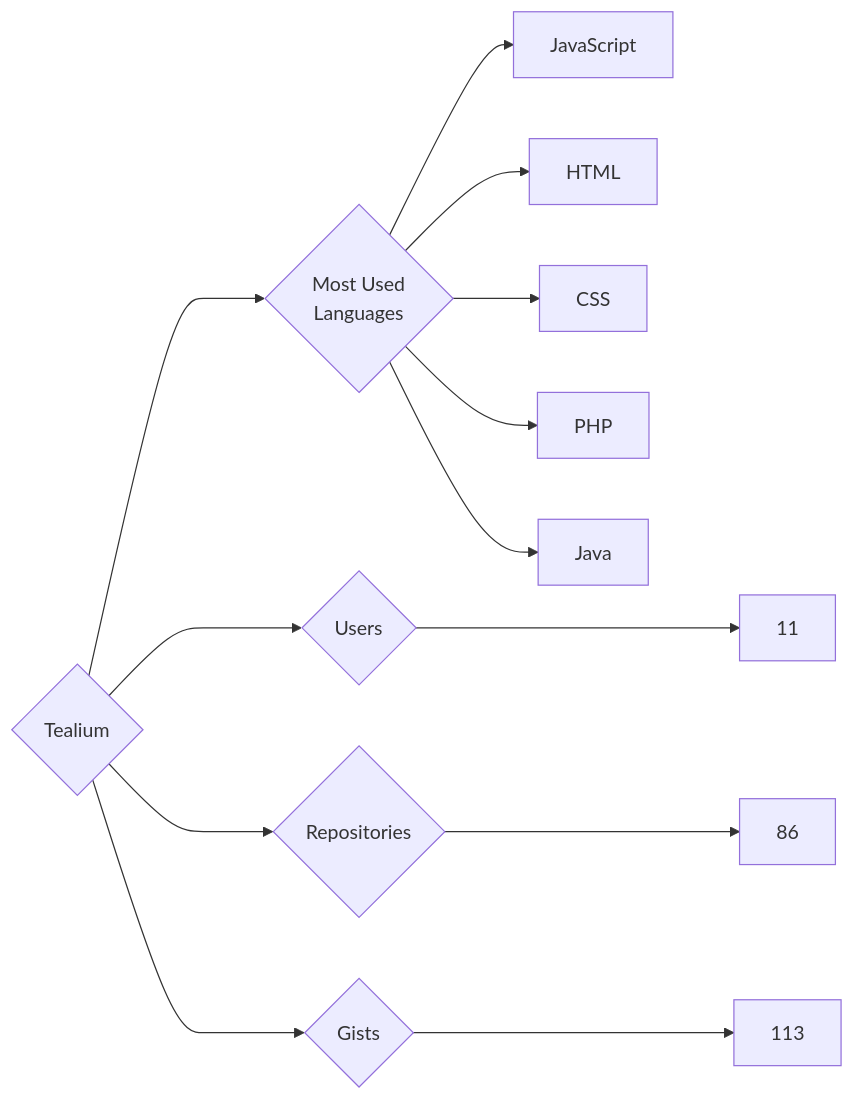
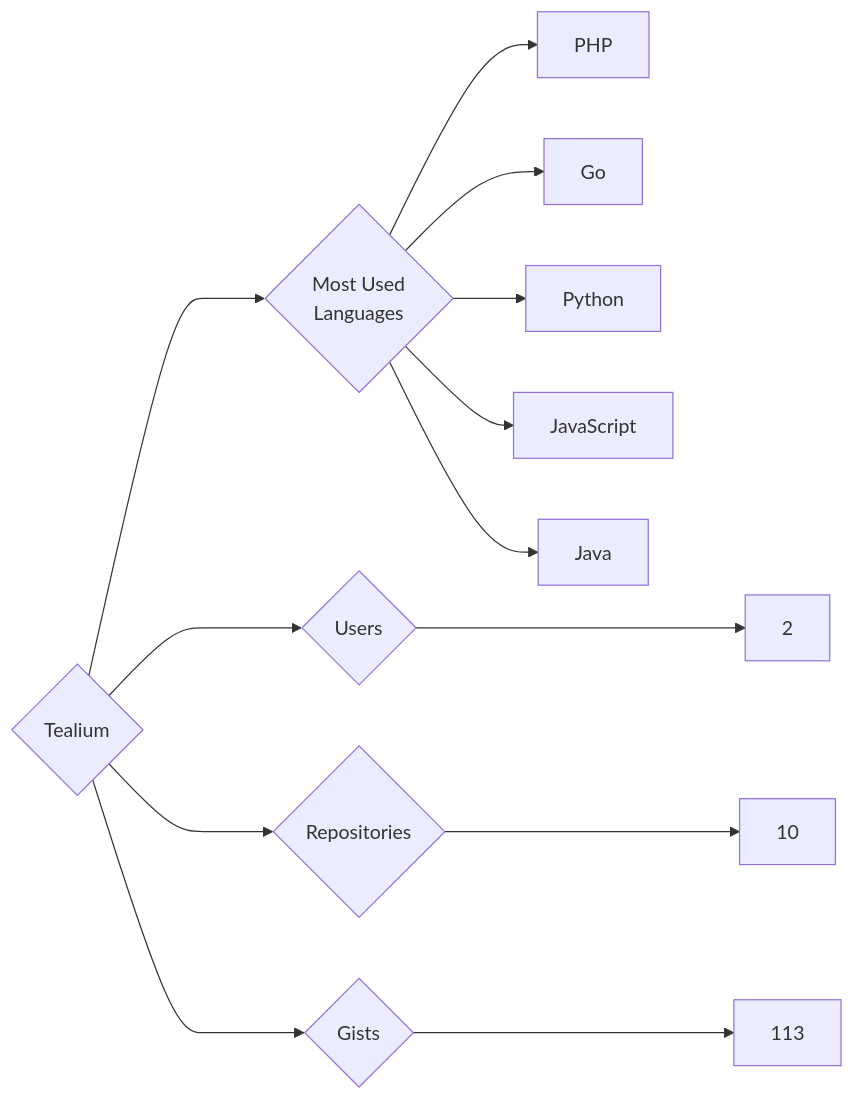
One commit to trickest/insiders changed the diagram in targets/Tealium/README.md. Above: the diagram before and after it, drawn with Mermaid. The commit also changed 682 other files, not shown here.

````diff
--- a/targets/Tealium/README.md
+++ b/targets/Tealium/README.md
@@ -3,13 +3,13 @@
 ```mermaid
 graph LR
 COMPANY_NAME{Tealium}
-COMPANY_NAME ---> U{Users} ---> UN[11]
-COMPANY_NAME ---> R{Repositories} ---> RN[86]
+COMPANY_NAME ---> U{Users} ---> UN[2]
+COMPANY_NAME ---> R{Repositories} ---> RN[10]
 COMPANY_NAME ---> G{Gists} ---> GN[113]
 COMPANY_NAME ---> ML{Most Used<br>Languages}
+ML --> PHP[PHP]
+ML --> Go[Go]
+ML --> Python[Python]
 ML --> JavaScript[JavaScript]
-ML --> HTML[HTML]
-ML --> CSS[CSS]
-ML --> PHP[PHP]
 ML --> Java[Java]
 ```
````
